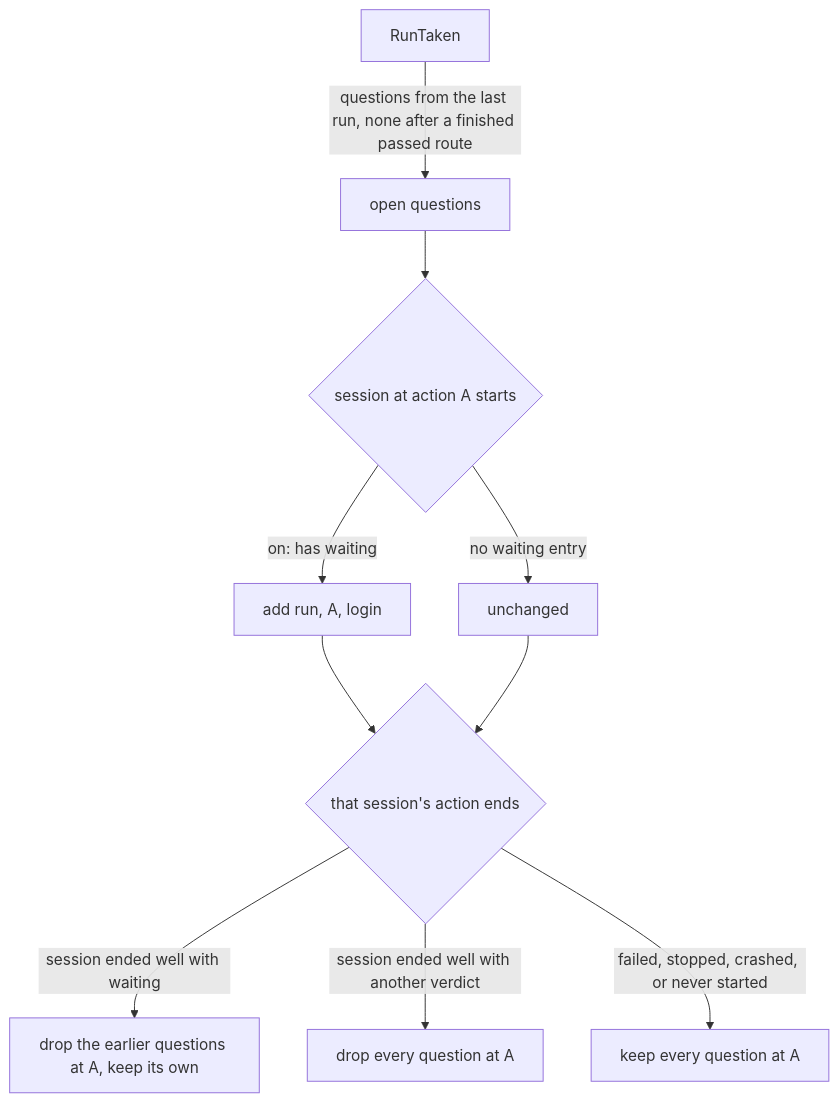
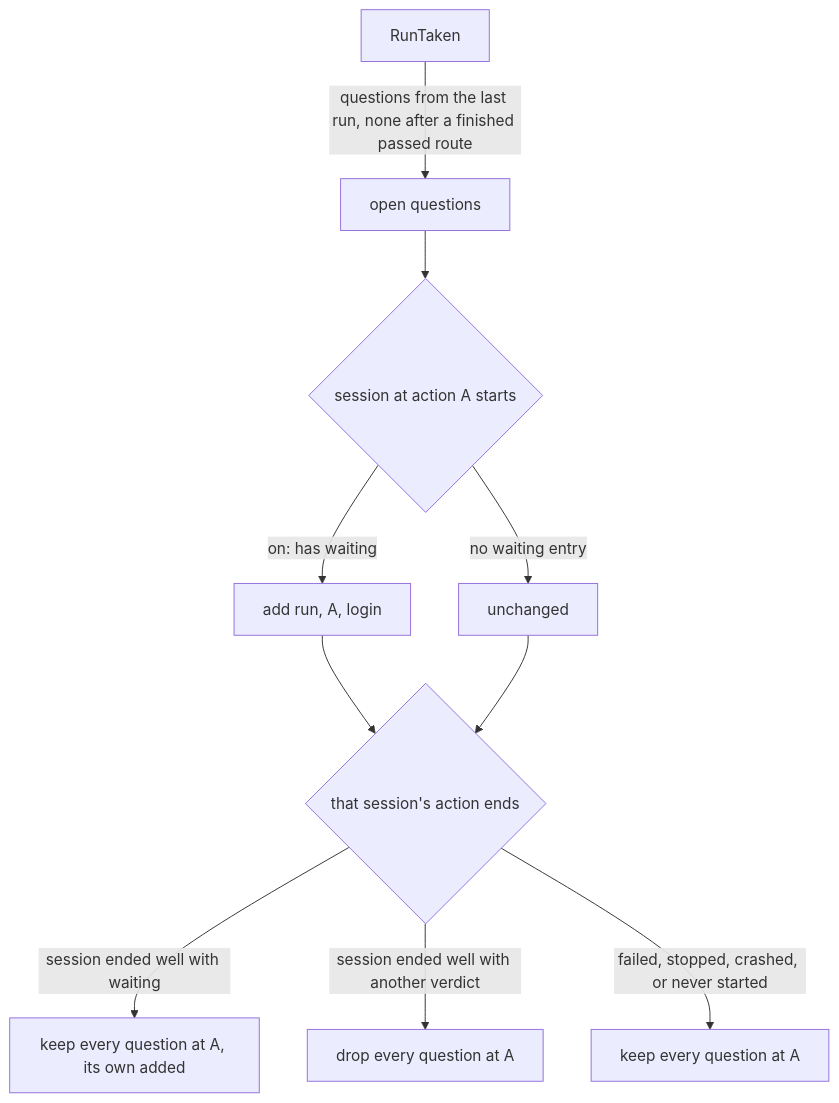
Before and after one commit to thatsnotmynameio/crew: the second of 2 diagrams in docs/plans/2026-10-07-1724-feat-session-waits-for-answers-plan.md, drawn with Mermaid. The commit also changed other lines of this file and 11 other files, not shown here.

````diff
--- a/docs/plans/2026-10-07-1724-feat-session-waits-for-answers-plan.md
+++ b/docs/plans/2026-10-07-1724-feat-session-waits-for-answers-plan.md
@@ -156,12 +156,12 @@
 ```mermaid
 flowchart TB
   T[RunTaken] -->|questions from the last run, none after a finished passed route| Q[open questions]
   Q --> A{session at action A starts}
   A -->|on: has waiting| ADD[add run, A, login]
   A -->|no waiting entry| KEEP[unchanged]
   ADD --> E{that session's action ends}
   KEEP --> E
-  E -->|session ended well with waiting| DROPW[drop the earlier questions at A, keep its own]
+  E -->|session ended well with waiting| KEEPW[keep every question at A, its own added]
   E -->|session ended well with another verdict| DROPALL[drop every question at A]
   E -->|failed, stopped, crashed, or never started| SAME[keep every question at A]
 ```
````
